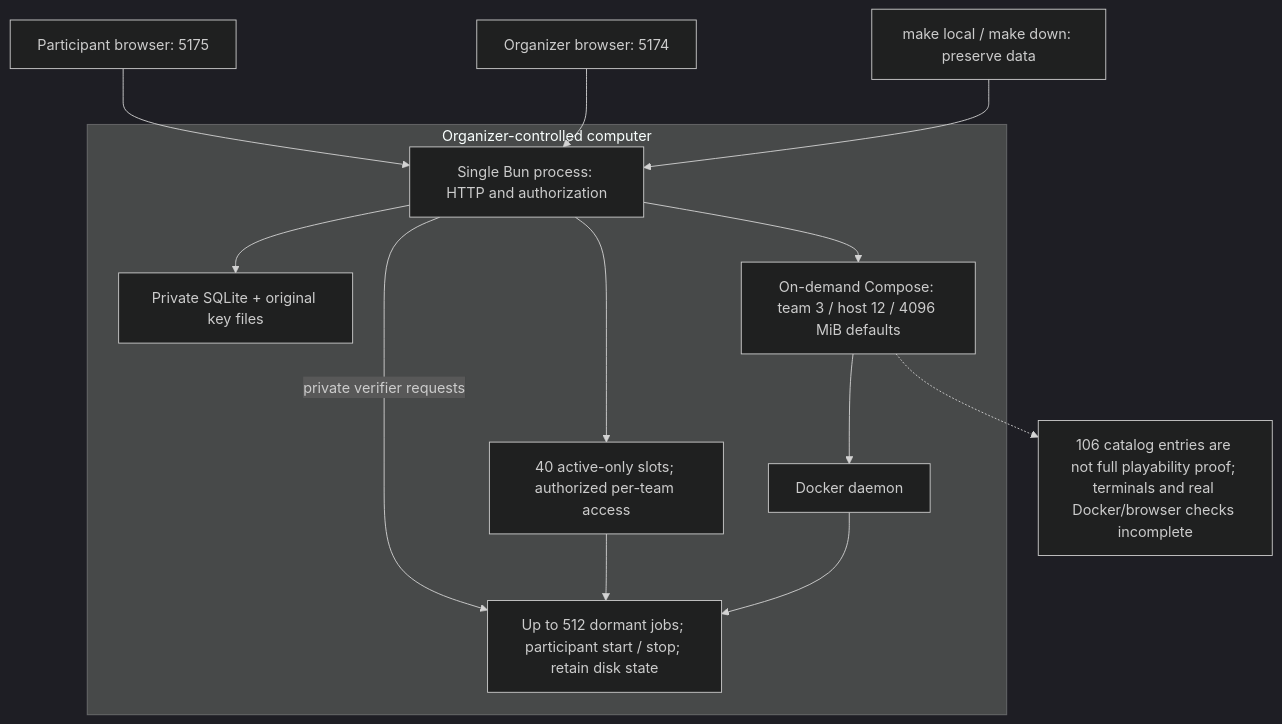
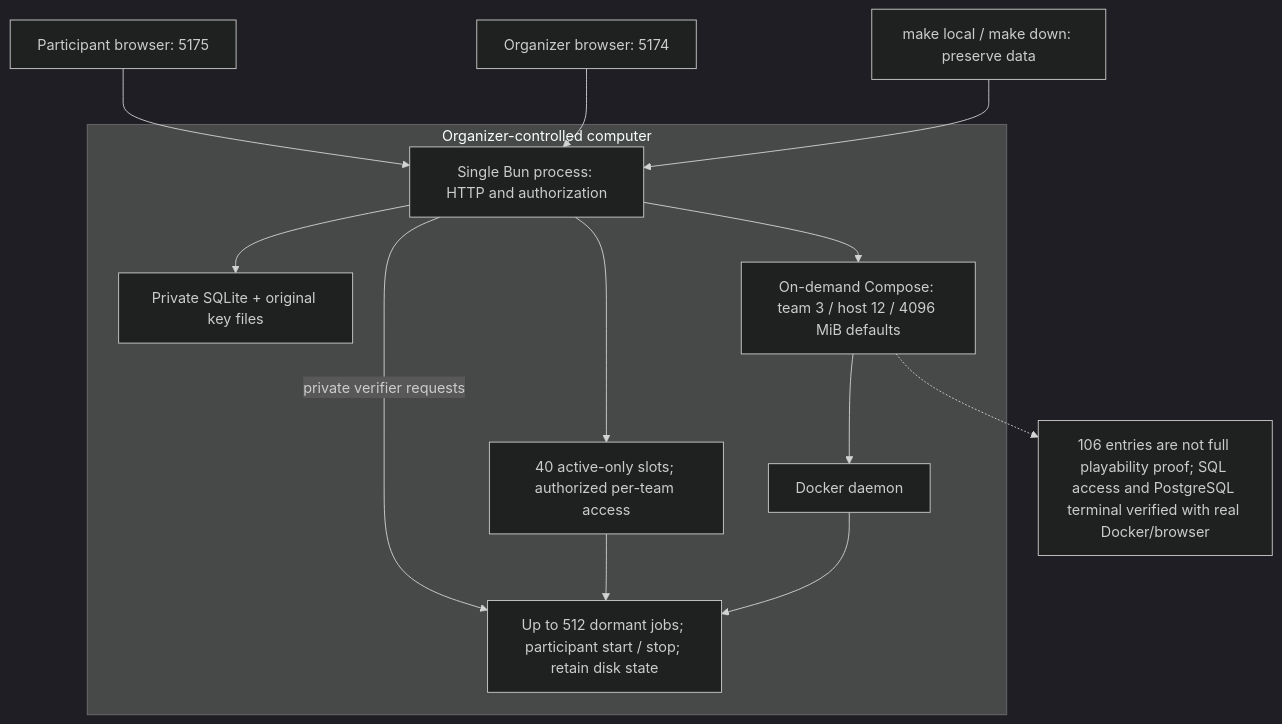
The diagram in docs/architecture/diagrams/local-components.mmd (susumutomita/TenkaCloud), drawn with Mermaid (dark theme) before and after one commit. The commit also changed 100 other files, not shown here.

```diff
--- a/docs/architecture/diagrams/local-components.mmd
+++ b/docs/architecture/diagrams/local-components.mmd
@@ -1,24 +1,24 @@
 flowchart TB
   Start["make local / make down: preserve data"]
   Admin["Organizer browser: 5174"]
   Player["Participant browser: 5175"]
   subgraph Machine["Organizer-controlled computer"]
     Bun["Single Bun process: HTTP and authorization"]
     SQLite["Private SQLite + original key files"]
     Runner["On-demand Compose: team 3 / host 12 / 4096 MiB defaults"]
     Gateway["40 active-only slots; authorized per-team access"]
     Docker["Docker daemon"]
     Problem["Up to 512 dormant jobs; participant start / stop; retain disk state"]
   end
   Start --> Bun
   Admin --> Bun
   Player --> Bun
   Bun --> SQLite
   Bun --> Runner
   Runner --> Docker
   Docker --> Problem
   Bun --> Gateway
   Gateway --> Problem
   Bun -->|"private verifier requests"| Problem
-  Note["106 catalog entries are not full playability proof; terminals and real Docker/browser checks incomplete"]
+  Note["106 entries are not full playability proof; SQL access and PostgreSQL terminal verified with real Docker/browser"]
   Runner -.-> Note
```
